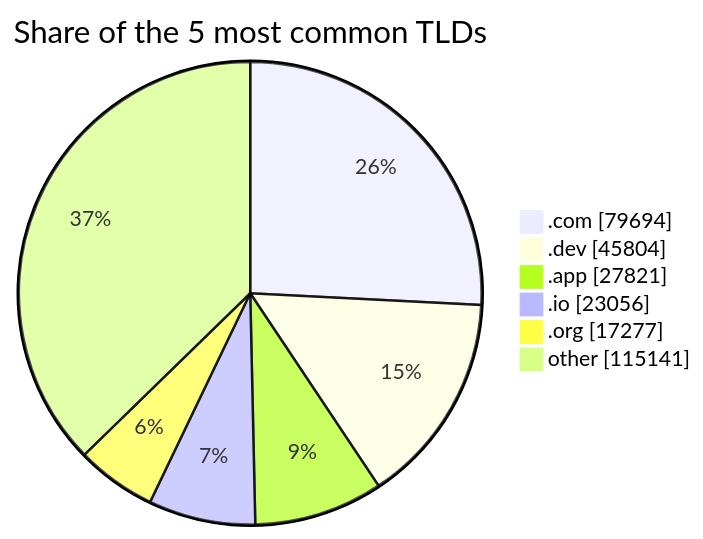
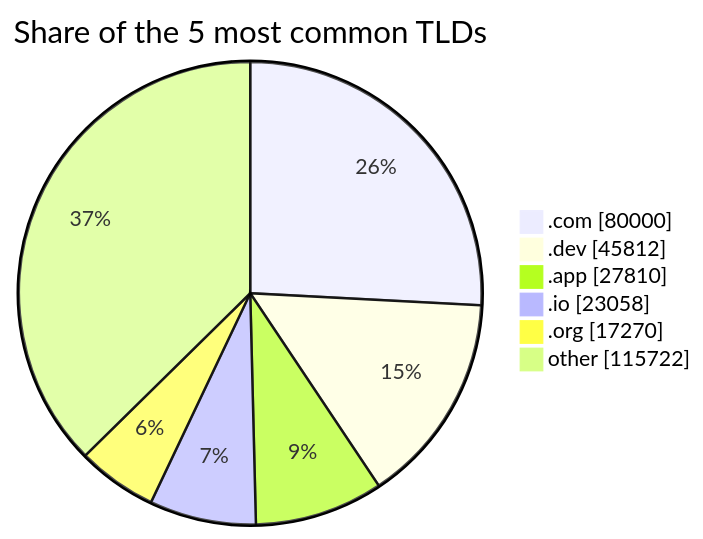
One commit to DNSBunker/CTI changed the third of 3 diagrams in README.md. Above: the diagram before and after it, drawn with Mermaid. The commit also changed other lines of this file and 3 other files, not shown here.

````diff
--- a/README.md
+++ b/README.md
@@ -81,9 +81,9 @@
 ```mermaid
 pie showData title Share of the 5 most common TLDs
-    ".com" : 79694
-    ".dev" : 45804
-    ".app" : 27821
-    ".io" : 23056
-    ".org" : 17277
-    "other" : 115141
+    ".com" : 80000
+    ".dev" : 45812
+    ".app" : 27810
+    ".io" : 23058
+    ".org" : 17270
+    "other" : 115722
 ```
````
